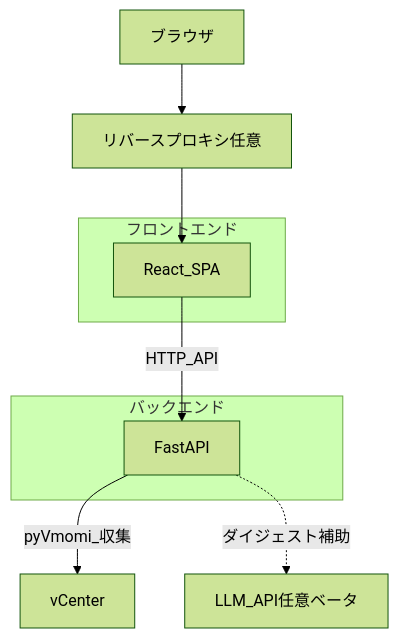
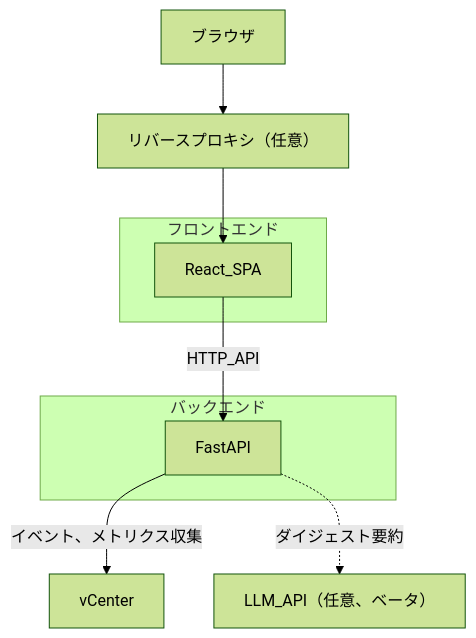
One commit to t-m0riyama/vcenter-event-assistant changed the first of 2 diagrams in docs/architecture.md. Above: the diagram before and after it, drawn with Mermaid (forest theme). The commit also changed 1 other file, not shown here.

Commit message:
docs: update architecture diagrams for consistency and clarity
Revised labels in both README.md and architecture.md to enhance clarity, changing "任意" to "（任意）" for the reverse proxy and LLM API sections. Updated backend flow descriptions to reflect "イベント、メトリクス収集" and "ダイジェスト要約" for improved understanding.

````diff
--- a/docs/architecture.md
+++ b/docs/architecture.md
@@ -23,19 +23,19 @@
 ```mermaid
 flowchart TB
   Browser[ブラウザ]
-  Proxy[リバースプロキシ任意]
+  Proxy[リバースプロキシ（任意）]
   subgraph fe [フロントエンド]
     FE[React_SPA]
   end
   subgraph be [バックエンド]
     BE[FastAPI]
   end
   VC[vCenter]
-  LLM[LLM_API任意ベータ]
+  LLM[LLM_API（任意、ベータ）]
 
   Browser --> Proxy
   Proxy --> FE
   FE -->|HTTP_API| BE
-  BE -->|pyVmomi_収集| VC
-  BE -.->|ダイジェスト補助| LLM
+  BE -->|イベント、メトリクス収集| VC
+  BE -.->|ダイジェスト要約| LLM
 ```
````
